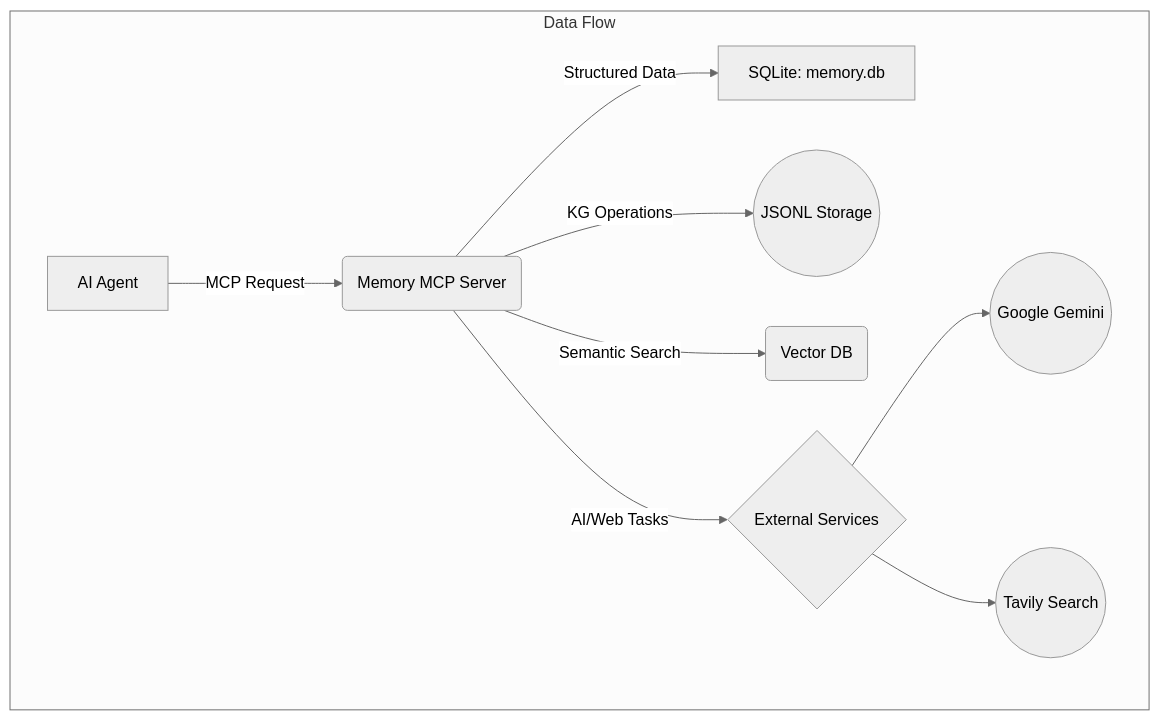
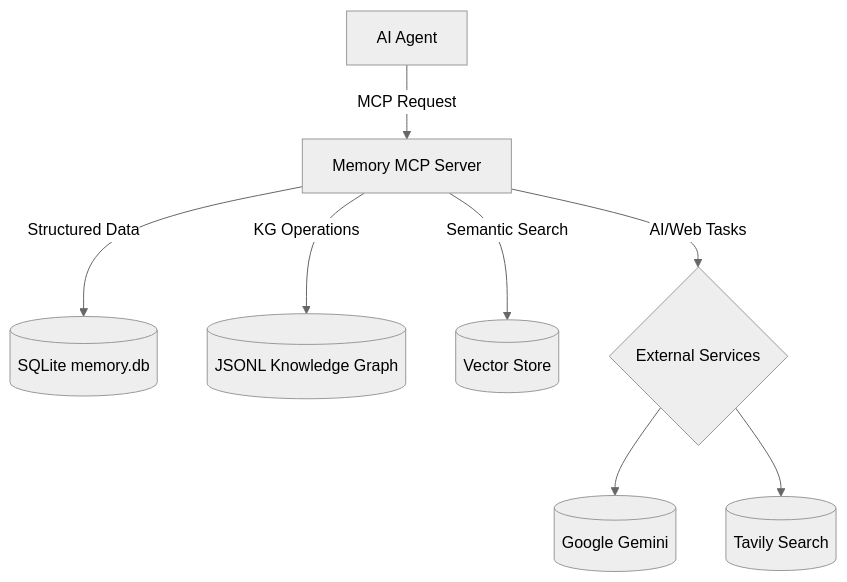
Before and after one commit to rashee1997/orchestrator: the diagram in README.md, drawn with Mermaid (neutral theme). The commit also changed other lines of this file, not shown here.

````diff
--- a/README.md
+++ b/README.md
@@ -357,12 +232,10 @@
 ```mermaid
-graph TD
-    subgraph "Data Flow"
-        A[AI Agent] -->|MCP Request| B(Memory MCP Server)
-        B -->|Structured Data| C[SQLite: memory.db]
-        B -->|KG Operations| D((JSONL Storage))
-        B -->|Semantic Search| E(Vector DB)
-        B -->|AI/Web Tasks| F{External Services}
-        F --> G((Google Gemini))
-        F --> H((Tavily Search))
-    end
+flowchart TD
+  Agent[AI Agent] -->|MCP Request| Server[Memory MCP Server]
+  Server -->|Structured Data| SQLite[(SQLite memory.db)]
+  Server -->|KG Operations| KG[(JSONL Knowledge Graph)]
+  Server -->|Semantic Search| VecDB[(Vector Store)]
+  Server -->|AI/Web Tasks| Ext{External Services}
+  Ext --> Gemini[(Google Gemini)]
+  Ext --> Tavily[(Tavily Search)]
 ```
````
